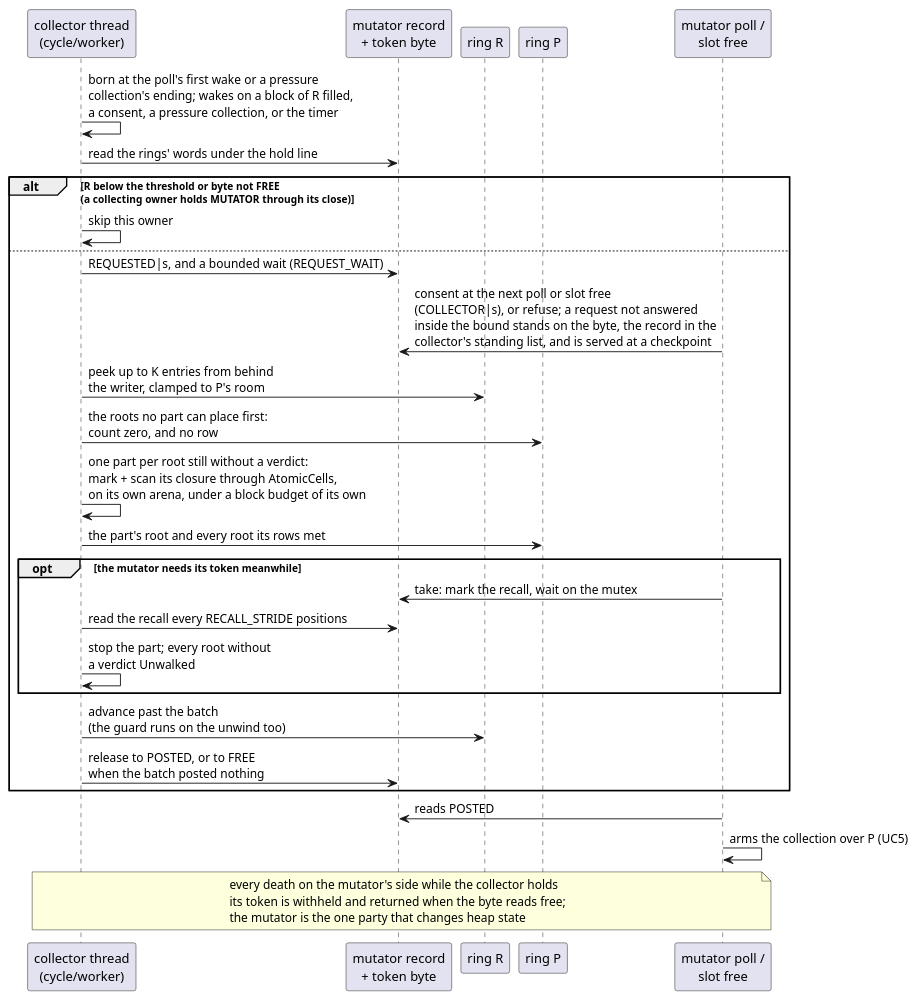
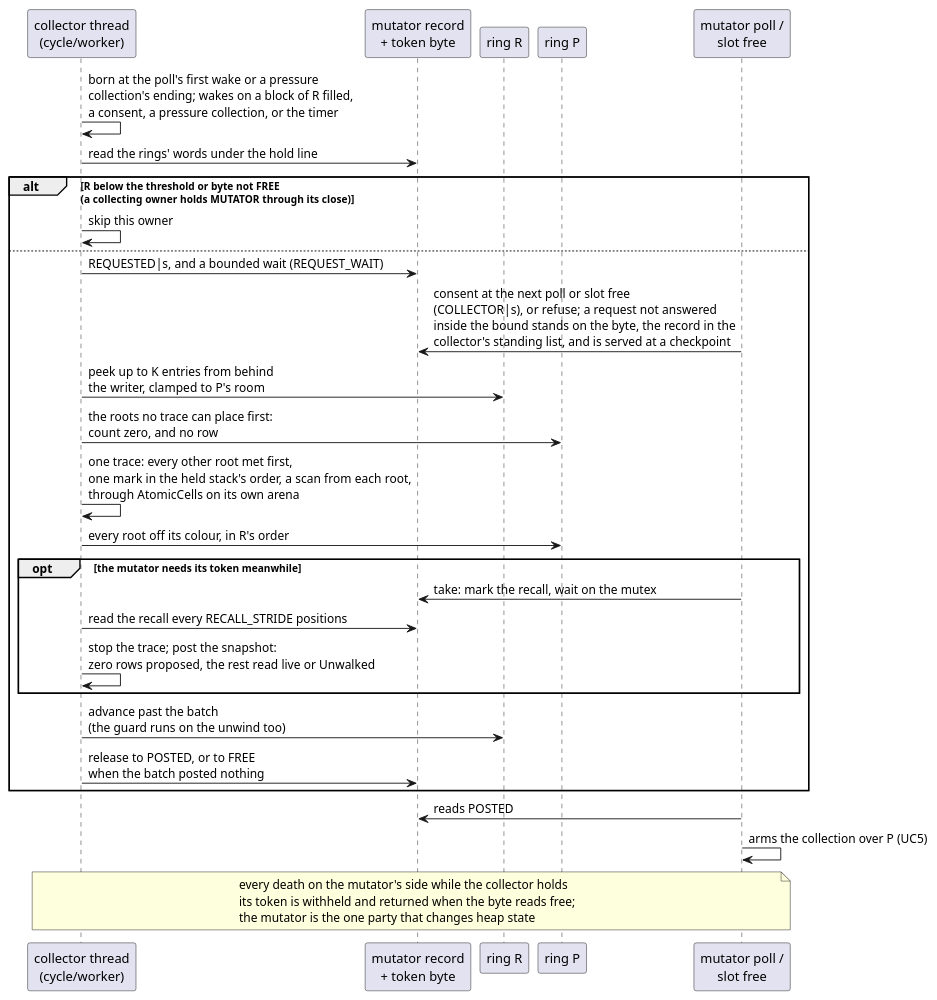
One commit to limelight-lang/model changed the eighth of 8 diagrams in docs/architecture.md. Above: the diagram before and after it, drawn with PlantUML. The commit also changed 29 other files, not shown here.

First line of the commit message:
worker: one trace a batch, the snapshot at a stop, K by where it stopped

````diff
--- a/docs/architecture.md
+++ b/docs/architecture.md
@@ -456,33 +456,33 @@
 ```plantuml
 @startuml
 skinparam shadowing false
 participant "collector thread\n(cycle/worker)" as worker
 participant "mutator record\n+ token byte" as token
 participant "ring R" as R
 participant "ring P" as P
 participant "mutator poll /\nslot free" as mutator
 
 worker -> worker : born at the poll's first wake or a pressure\ncollection's ending; wakes on a block of R filled,\na consent, a pressure collection, or the timer
 worker -> token : read the rings' words under the hold line
 alt R below the threshold or byte not FREE\n(a collecting owner holds MUTATOR through its close)
   worker -> worker : skip this owner
 else
   worker -> token : REQUESTED|s, and a bounded wait (REQUEST_WAIT)
   mutator -> token : consent at the next poll or slot free\n(COLLECTOR|s), or refuse; a request not answered\ninside the bound stands on the byte, the record in the\ncollector's standing list, and is served at a checkpoint
   worker -> R : peek up to K entries from behind\nthe writer, clamped to P's room
-  worker -> P : the roots no part can place first:\ncount zero, and no row
-  worker -> worker : one part per root still without a verdict:\nmark + scan its closure through AtomicCells,\non its own arena, under a block budget of its own
-  worker -> P : the part's root and every root its rows met
+  worker -> P : the roots no trace can place first:\ncount zero, and no row
+  worker -> worker : one trace: every other root met first,\none mark in the held stack's order, a scan from each root,\nthrough AtomicCells on its own arena
+  worker -> P : every root off its colour, in R's order
   opt the mutator needs its token meanwhile
     mutator -> token : take: mark the recall, wait on the mutex
     worker -> token : read the recall every RECALL_STRIDE positions
-    worker -> worker : stop the part; every root without\na verdict Unwalked
+    worker -> worker : stop the trace; post the snapshot:\nzero rows proposed, the rest read live or Unwalked
   end
   worker -> R : advance past the batch\n(the guard runs on the unwind too)
   worker -> token : release to POSTED, or to FREE\nwhen the batch posted nothing
 end
 mutator -> token : reads POSTED
 mutator -> mutator : arms the collection over P (UC5)
 note over worker, mutator : every death on the mutator's side while the collector holds\nits token is withheld and returned when the byte reads free;\nthe mutator is the one party that changes heap state
 @enduml
 ```
````
